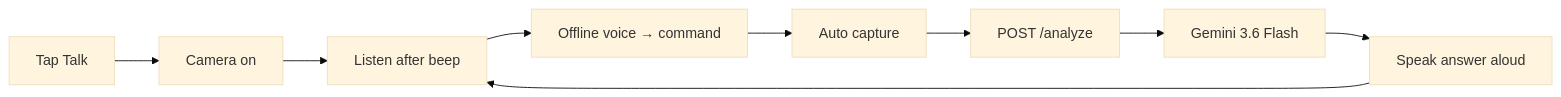
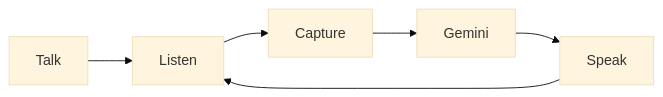
The diagram in README.md (JBahulika/ANVAYA), drawn with Mermaid (base theme) before and after one commit. The commit also changed other lines of this file and 6 other files, not shown here.

````diff
--- a/README.md
+++ b/README.md
@@ -76,11 +56,8 @@
 ```mermaid
 flowchart LR
-  tap[Tap Talk] --> cam[Camera on]
-  cam --> listen[Listen after beep]
-  listen --> parse[Offline voice → command]
-  parse --> shoot[Auto capture]
-  shoot --> api[POST /analyze]
-  api --> gemini[Gemini 3.6 Flash]
-  gemini --> speak[Speak answer aloud]
-  speak --> listen
+  A[Talk] --> B[Listen]
+  B --> C[Capture]
+  C --> D[Gemini]
+  D --> E[Speak]
+  E --> B
 ```
````
